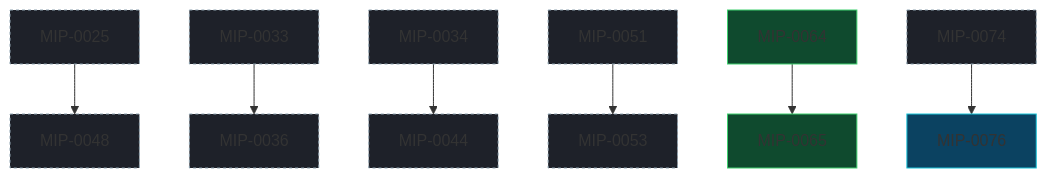
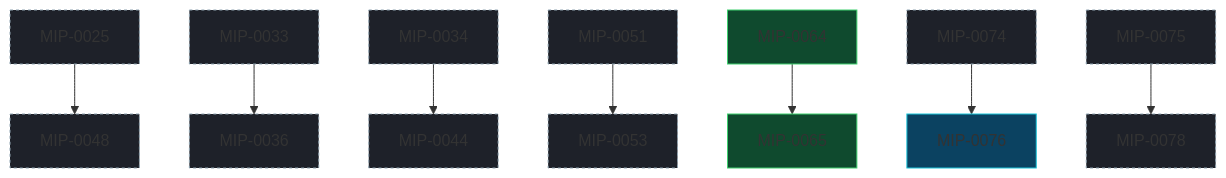
Before and after one commit to marola-dev/marola: the diagram in docs/MIPs/README.md, drawn with Mermaid. The commit also changed other lines of this file and 3 other files, not shown here.

````diff
--- a/docs/MIPs/README.md
+++ b/docs/MIPs/README.md
@@ -94,25 +95,28 @@
 ```mermaid
 flowchart TD
   classDef draft fill:#1e2129,stroke:#8fa3b0,stroke-dasharray:3 3;
   classDef accepted fill:#0b4261,stroke:#1ac5da;
   classDef implemented fill:#0f4a2e,stroke:#3ecf6e;
   classDef rejected fill:#2a2d35,stroke:#666,color:#999;
   M0025["MIP-0025"]:::draft
   M0033["MIP-0033"]:::draft
   M0034["MIP-0034"]:::draft
   M0036["MIP-0036"]:::draft
   M0044["MIP-0044"]:::draft
   M0048["MIP-0048"]:::draft
   M0051["MIP-0051"]:::draft
   M0053["MIP-0053"]:::draft
   M0064["MIP-0064"]:::implemented
   M0065["MIP-0065"]:::implemented
   M0074["MIP-0074"]:::draft
+  M0075["MIP-0075"]:::draft
   M0076["MIP-0076"]:::accepted
+  M0078["MIP-0078"]:::draft
   M0025 --> M0048
   M0033 --> M0036
   M0034 --> M0044
   M0051 --> M0053
   M0064 --> M0065
   M0074 --> M0076
+  M0075 --> M0078
 ```
````
